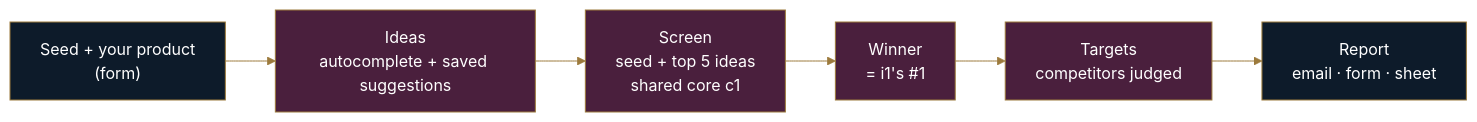
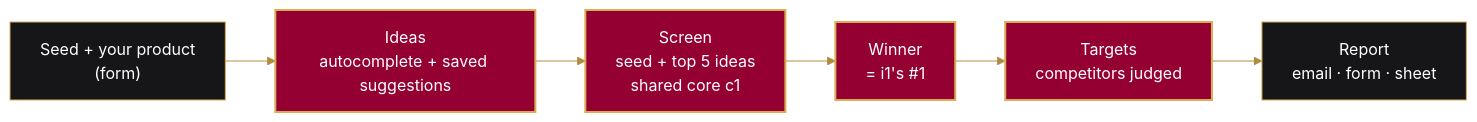
The diagram in i4-market-autopilot/README.md (Mohib-Ur-Rehman-automation/amazon-toolkit), drawn with Mermaid before and after one commit. The commit also changed 33 other files, not shown here.

````diff
--- a/i4-market-autopilot/README.md
+++ b/i4-market-autopilot/README.md
@@ -40,13 +40,13 @@
 ```mermaid
-%%{init: {'theme':'base','themeVariables':{'fontFamily':'Georgia, serif','lineColor':'#9C7A3C','textColor':'#1f2328','edgeLabelBackground':'#f7f5f2'}}}%%
+%%{init: {'theme':'base','themeVariables':{'fontFamily':'Georgia, serif','lineColor':'#B08A3E','textColor':'#1f2328','edgeLabelBackground':'#f7f5f2'}}}%%
 flowchart LR
   A["Seed + your product<br/>(form)"] --> B["Ideas<br/>autocomplete + saved suggestions"]
   B --> C["Screen<br/>seed + top 5 ideas<br/>shared core c1"]
   C --> D["Winner<br/>= i1's #1"]
   D --> E["Targets<br/>competitors judged"]
   E --> F["Report<br/>email · form · sheet"]
-  classDef step fill:#4A1F3D,stroke:#9C7A3C,color:#ffffff;
-  classDef io fill:#0D1B2A,stroke:#9C7A3C,color:#ffffff;
+  classDef step fill:#930031,stroke:#DAAC53,stroke-width:2px,color:#ffffff;
+  classDef io fill:#161618,stroke:#DAAC53,color:#ffffff;
   class A,F io;
   class B,C,D,E step;
 ```
````
